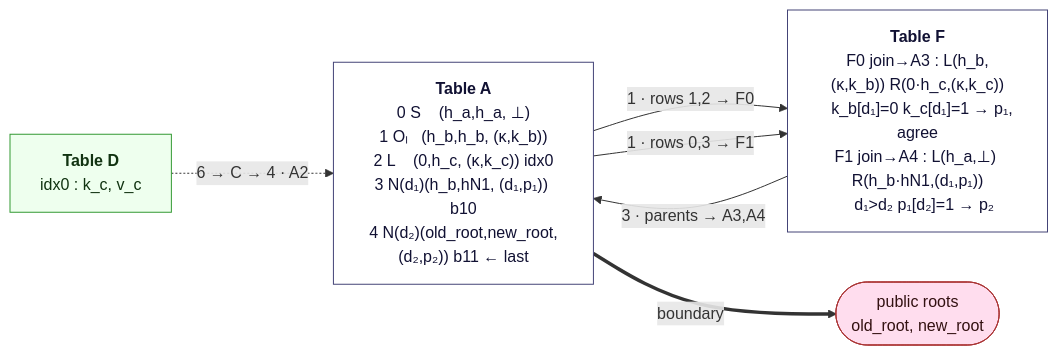
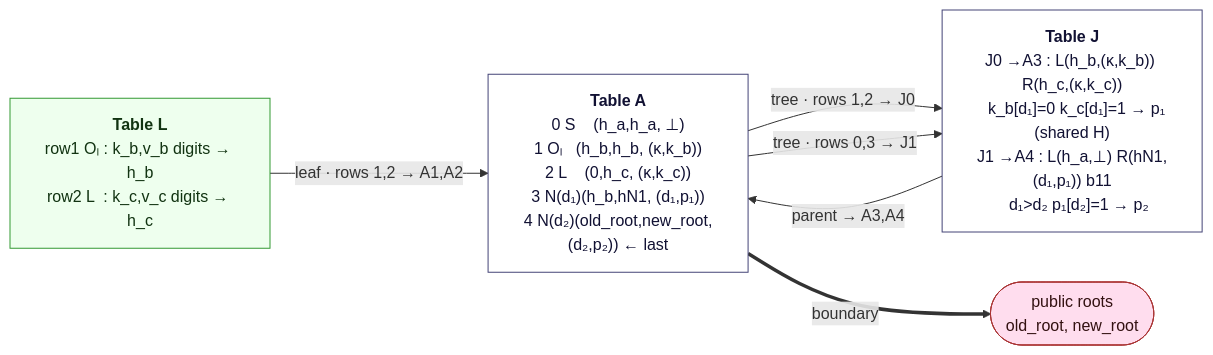
Before and after one commit to ristik/rsmt-air: the sixth of 6 diagrams in README.md, drawn with Mermaid. The commit also changed other lines of this file and 3 other files, not shown here.

````diff
--- a/README.md
+++ b/README.md
@@ -543,17 +464,17 @@
 ```mermaid
 flowchart LR
     classDef tbl fill:#fff,stroke:#447,color:#113
     classDef bnd fill:#fde,stroke:#a33,color:#311
     classDef priv fill:#efe,stroke:#393,color:#131
 
-    TA["<b>Table A</b><br/>0 S    (h_a,h_a, ⊥)<br/>1 Oₗ   (h_b,h_b, (κ,k_b))<br/>2 L    (0,h_c, (κ,k_c)) idx0<br/>3 N(d₁)(h_b,hN1, (d₁,p₁)) b10<br/>4 N(d₂)(old_root,new_root,(d₂,p₂)) b11 ← last"]:::tbl
-    TF["<b>Table F</b><br/>F0 join→A3 : L(h_b,(κ,k_b)) R(0·h_c,(κ,k_c))<br/>   k_b[d₁]=0 k_c[d₁]=1 → p₁, agree<br/>F1 join→A4 : L(h_a,⊥) R(h_b·hN1,(d₁,p₁))<br/>   d₁>d₂ p₁[d₂]=1 → p₂"]:::tbl
-    TD["<b>Table D</b><br/>idx0 : k_c, v_c"]:::priv
+    TA["<b>Table A</b><br/>0 S    (h_a,h_a, ⊥)<br/>1 Oₗ   (h_b,h_b, (κ,k_b))<br/>2 L    (0,h_c, (κ,k_c))<br/>3 N(d₁)(h_b,hN1, (d₁,p₁))<br/>4 N(d₂)(old_root,new_root,(d₂,p₂)) ← last"]:::tbl
+    TL["<b>Table L</b><br/>row1 Oₗ : k_b,v_b digits → h_b<br/>row2 L  : k_c,v_c digits → h_c"]:::priv
+    TJ["<b>Table J</b><br/>J0 →A3 : L(h_b,(κ,k_b)) R(h_c,(κ,k_c))<br/>   k_b[d₁]=0 k_c[d₁]=1 → p₁ (shared H)<br/>J1 →A4 : L(h_a,⊥) R(hN1,(d₁,p₁)) b11<br/>   d₁>d₂ p₁[d₂]=1 → p₂"]:::tbl
     Pub(["public roots<br/>old_root, new_root"]):::bnd
 
-    TA -->|"1 · rows 1,2 → F0"| TF
-    TA -->|"1 · rows 0,3 → F1"| TF
-    TF -->|"3 · parents → A3,A4"| TA
-    TD -.->|"6 → C → 4 · A2"| TA
+    TL -->|"leaf · rows 1,2 → A1,A2"| TA
+    TA -->|"tree · rows 1,2 → J0"| TJ
+    TA -->|"tree · rows 0,3 → J1"| TJ
+    TJ -->|"parent → A3,A4"| TA
     TA ==>|"boundary"| Pub
 ```
````
